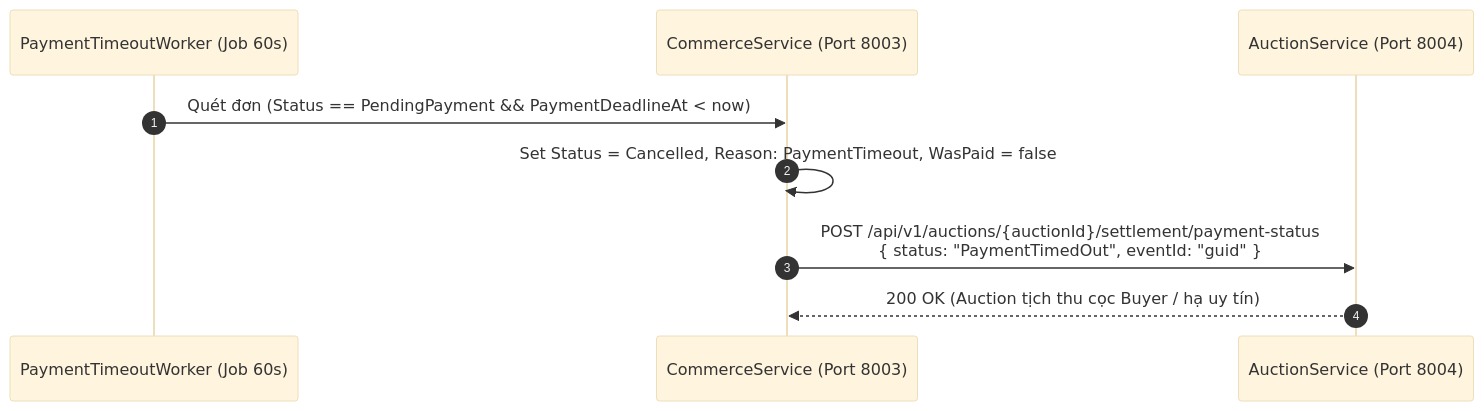
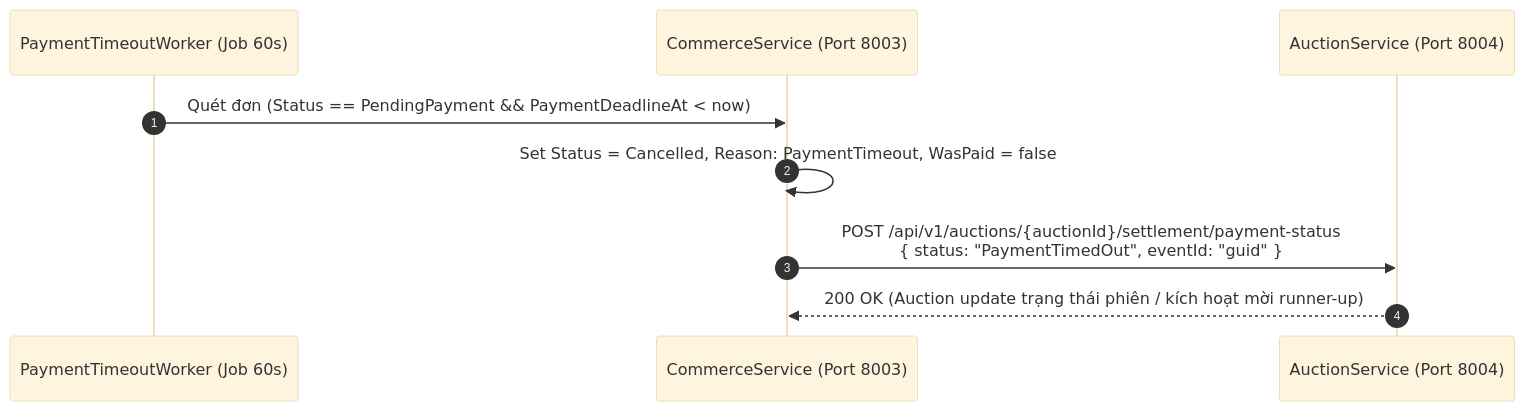
Before and after one commit to Nexus-Be/CommerceService: the fifth of 5 diagrams in docs/AUCTION_SERVICE_ALIGNMENT_CONTRACT.md, drawn with Mermaid (base theme). The commit also changed other lines of this file and 1 other file, not shown here.

First line of the commit message:
docs(auction): update alignment contract & handoff report per auction service feedback

````diff
--- a/docs/AUCTION_SERVICE_ALIGNMENT_CONTRACT.md
+++ b/docs/AUCTION_SERVICE_ALIGNMENT_CONTRACT.md
@@ -151,12 +151,12 @@
 ```mermaid
 sequenceDiagram
     autonumber
     participant Worker as PaymentTimeoutWorker (Job 60s)
     participant Commerce as CommerceService (Port 8003)
     participant Auction as AuctionService (Port 8004)
 
     Worker->>Commerce: Quét đơn (Status == PendingPayment && PaymentDeadlineAt < now)
     Commerce->>Commerce: Set Status = Cancelled, Reason: PaymentTimeout, WasPaid = false
     Commerce->>Auction: POST /api/v1/auctions/{auctionId}/settlement/payment-status<br/>{ status: "PaymentTimedOut", eventId: "guid" }
-    Auction-->>Commerce: 200 OK (Auction tịch thu cọc Buyer / hạ uy tín)
+    Auction-->>Commerce: 200 OK (Auction update trạng thái phiên / kích hoạt mời runner-up)
 ```
````
